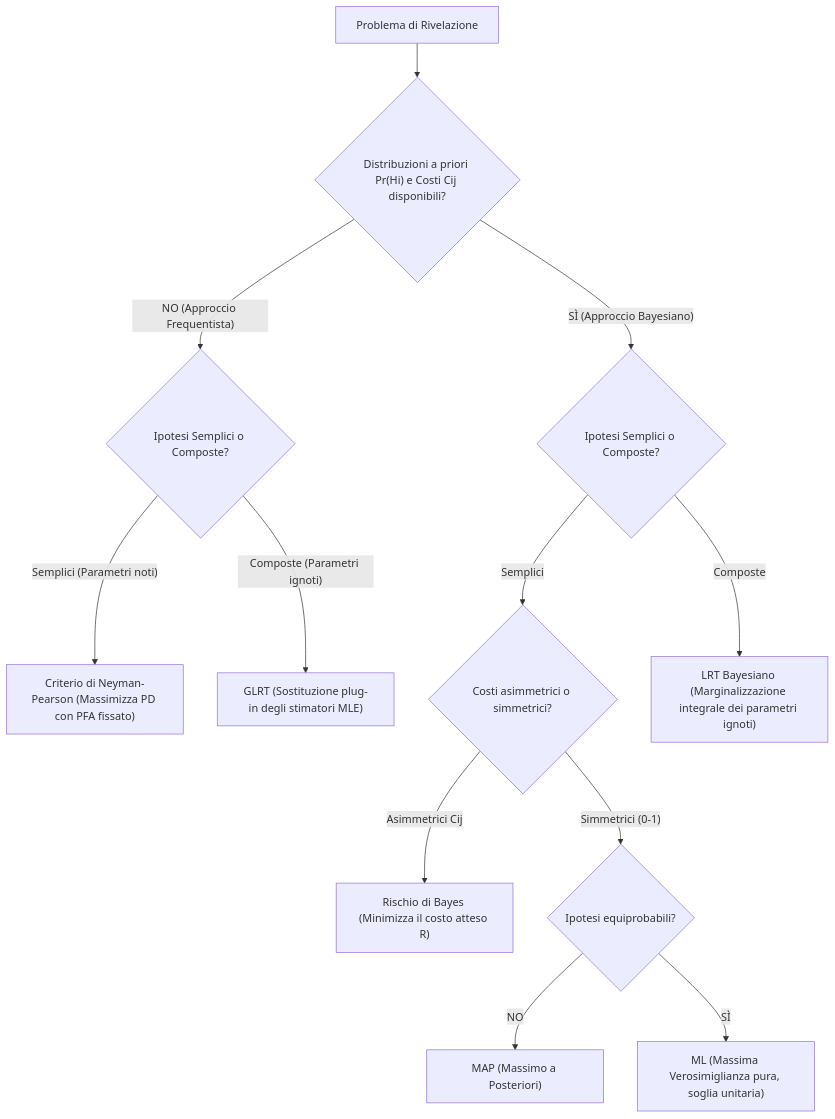
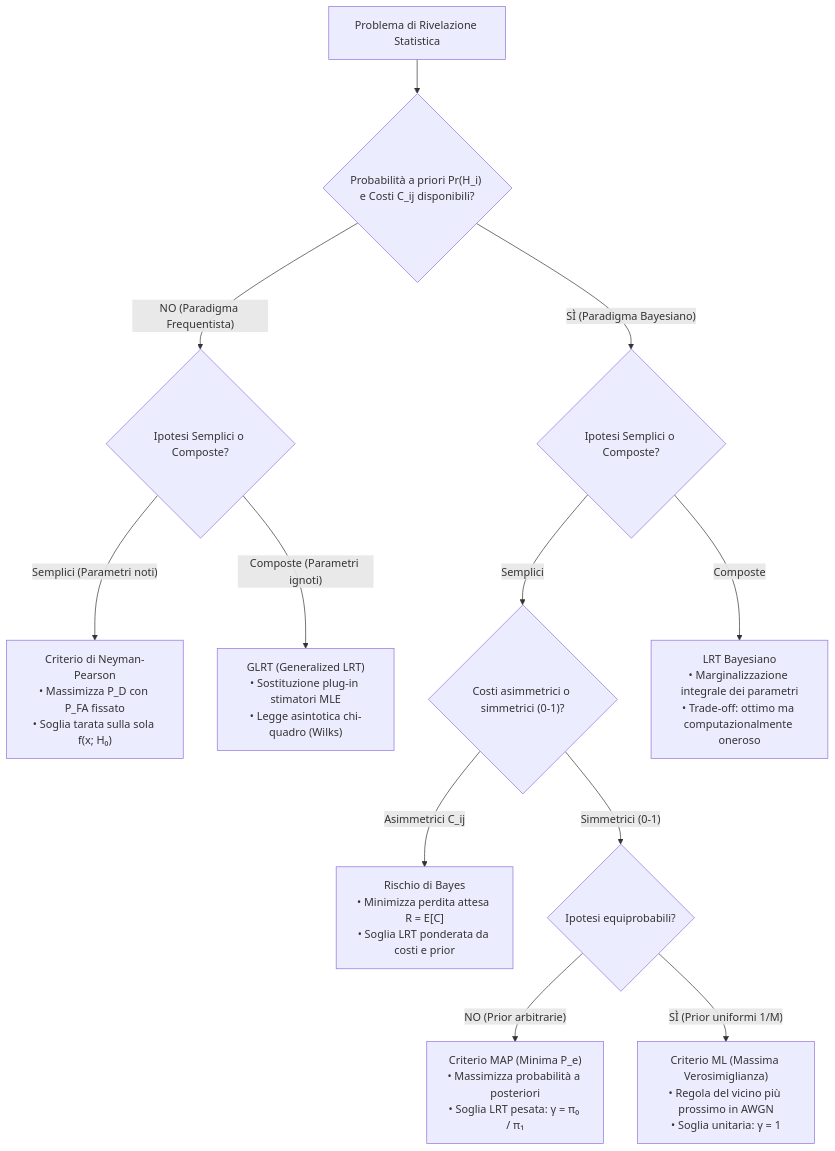
One commit to michelevantaggi02/Magistrale changed the diagram in Anno 1/Information and Estimation Theory/5. Rilevazione Multipla e Test di Ipotesi Composte (GLRT).md. Above: the diagram before and after it, drawn with Mermaid. The commit also changed other lines of this file and 37 other files, not shown here.

````diff
--- a/Anno 1/Information and Estimation Theory/5. Rilevazione Multipla e Test di Ipotesi Composte (GLRT).md
+++ b/Anno 1/Information and Estimation Theory/5. Rilevazione Multipla e Test di Ipotesi Composte (GLRT).md
@@ -379,17 +475,17 @@
 ```mermaid
 flowchart TD
-    Start["Problema di Rivelazione"] --> Priors{"Distribuzioni a priori Pr(Hi) e Costi Cij disponibili?"}
+    Start["Problema di Rivelazione Statistica"] --> Priors{"Probabilità a priori Pr(H_i) e Costi C_ij disponibili?"}
     
-    Priors -- "NO (Approccio Frequentista)" --> HypType1{"Ipotesi Semplici o Composte?"}
-    HypType1 -- "Semplici (Parametri noti)" --> NP["Criterio di Neyman-Pearson (Massimizza PD con PFA fissato)"]
-    HypType1 -- "Composte (Parametri ignoti)" --> GLRT["GLRT (Sostituzione plug-in degli stimatori MLE)"]
+    Priors -- "NO (Paradigma Frequentista)" --> HypClassical{"Ipotesi Semplici o Composte?"}
+    HypClassical -- "Semplici (Parametri noti)" --> NP["Criterio di Neyman-Pearson<br>• Massimizza P_D con P_FA fissato<br>• Soglia tarata sulla sola f(x; H₀)"]
+    HypClassical -- "Composte (Parametri ignoti)" --> GLRT["GLRT (Generalized LRT)<br>• Sostituzione plug-in stimatori MLE<br>• Legge asintotica chi-quadro (Wilks)"]
     
-    Priors -- "SÌ (Approccio Bayesiano)" --> HypType2{"Ipotesi Semplici o Composte?"}
-    HypType2 -- "Semplici" --> BayesSimple{"Costi asimmetrici o simmetrici?"}
-    BayesSimple -- "Asimmetrici Cij" --> BR["Rischio di Bayes (Minimizza il costo atteso R)"]
-    BayesSimple -- "Simmetrici (0-1)" --> ProbDist{"Ipotesi equiprobabili?"}
-    ProbDist -- "NO" --> MAP["MAP (Massimo a Posteriori)"]
-    ProbDist -- "SÌ" --> ML["ML (Massima Verosimiglianza pura, soglia unitaria)"]
+    Priors -- "SÌ (Paradigma Bayesiano)" --> HypBayes{"Ipotesi Semplici o Composte?"}
+    HypBayes -- "Semplici" --> CostStruct{"Costi asimmetrici o simmetrici (0-1)?"}
+    CostStruct -- "Asimmetrici C_ij" --> BR["Rischio di Bayes<br>• Minimizza perdita attesa R = E[C]<br>• Soglia LRT ponderata da costi e prior"]
+    CostStruct -- "Simmetrici (0-1)" --> PriorProb{"Ipotesi equiprobabili?"}
+    PriorProb -- "NO (Prior arbitrarie)" --> MAP["Criterio MAP (Minima P_e)<br>• Massimizza probabilità a posteriori<br>• Soglia LRT pesata: γ = π₀ / π₁"]
+    PriorProb -- "SÌ (Prior uniformi 1/M)" --> ML["Criterio ML (Massima Verosimiglianza)<br>• Regola del vicino più prossimo in AWGN<br>• Soglia unitaria: γ = 1"]
     
-    HypType2 -- "Composte" --> BLRT["LRT Bayesiano (Marginalizzazione integrale dei parametri ignoti)"]
+    HypBayes -- "Composte" --> BLRT["LRT Bayesiano<br>• Marginalizzazione integrale dei parametri<br>• Trade-off: ottimo ma computazionalmente oneroso"]
 ```
````
